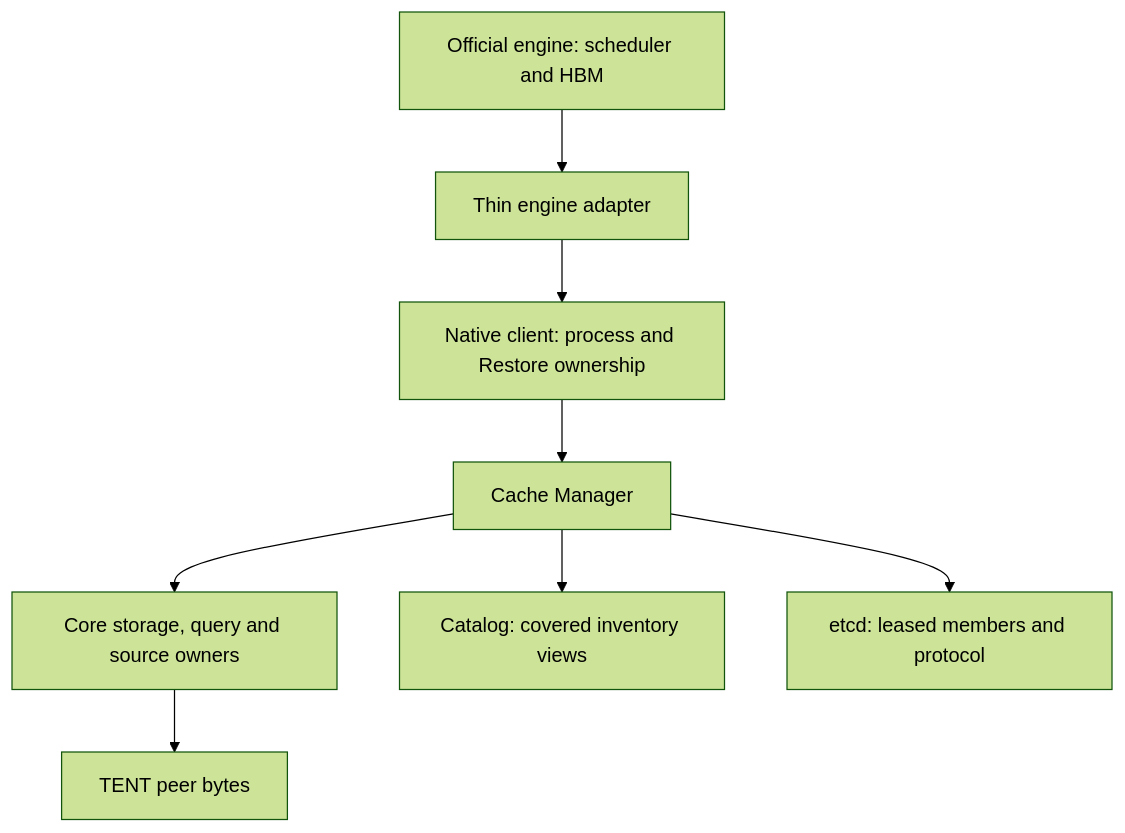
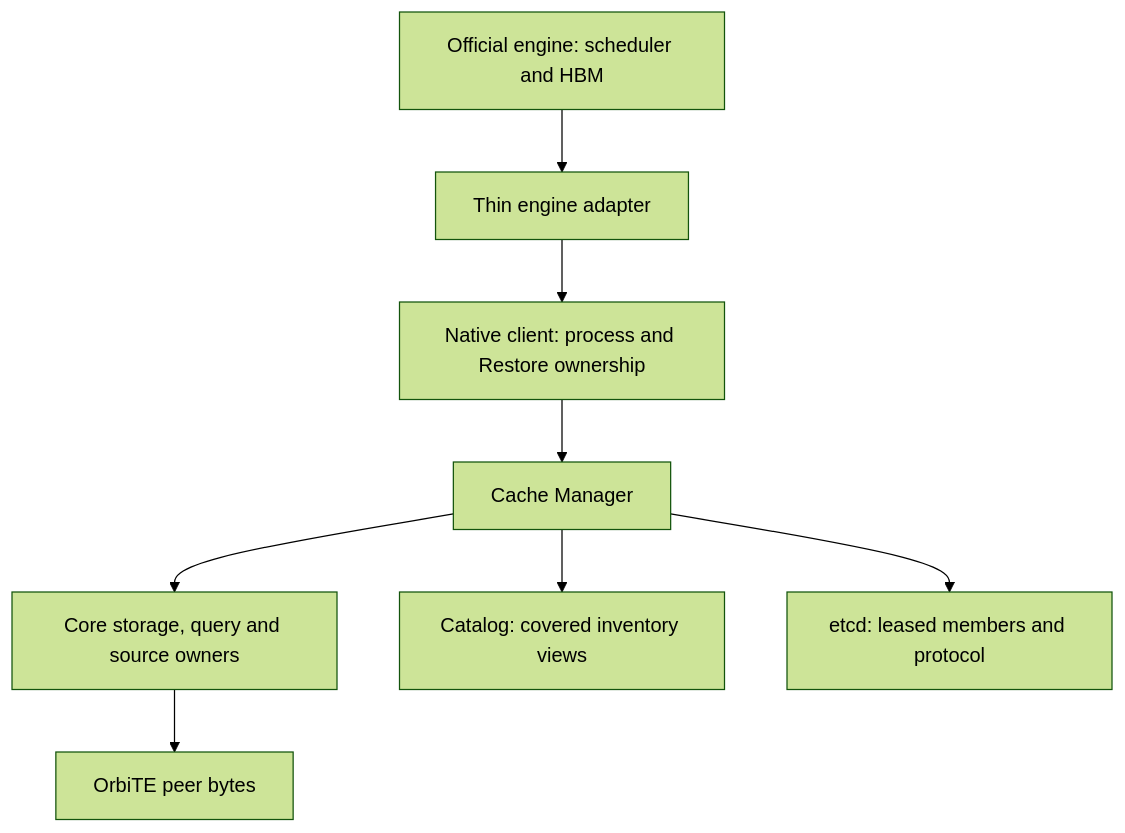
The diagram in docs/architecture.md (OrbitInfra/OrbitKV), drawn with Mermaid (forest theme) before and after one commit. The commit also changed other lines of this file and 224 other files, not shown here.

First line of the commit message:
refactor!: remove the TENT backend; OrbiTE is the only transfer engine (#326)

````diff
--- a/docs/architecture.md
+++ b/docs/architecture.md
@@ -97,10 +97,10 @@
 ```mermaid
 flowchart TD
   E[Official engine: scheduler and HBM] --> A[Thin engine adapter]
   A --> C[Native client: process and Restore ownership]
   C --> M[Cache Manager]
   M --> S[Core storage, query and source owners]
   M --> I[Catalog: covered inventory views]
   M --> X[etcd: leased members and protocol]
-  S --> T[TENT peer bytes]
+  S --> T[OrbiTE peer bytes]
 ```
````
